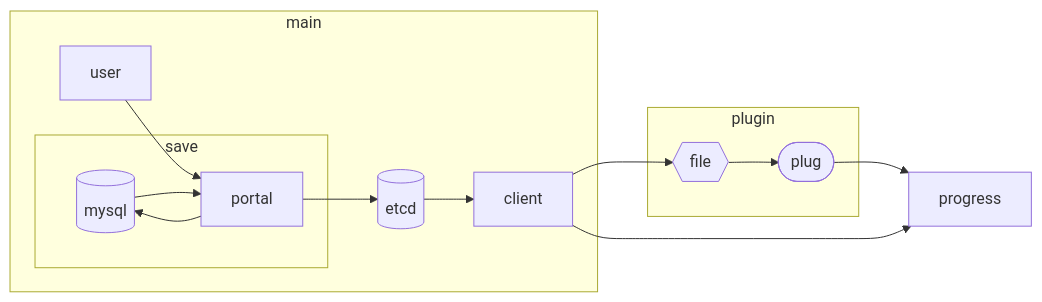
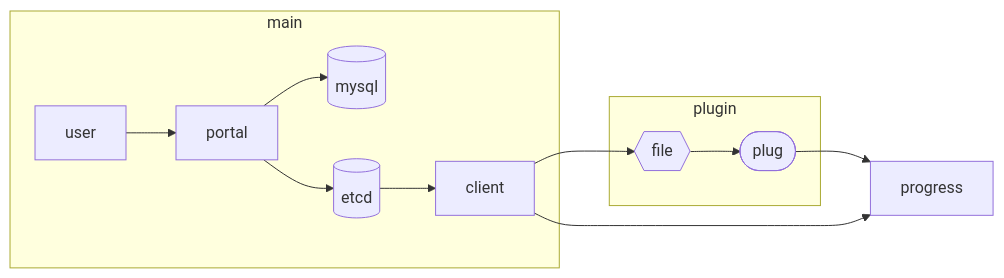
The diagram in README.md (raydrawc/hillo), drawn with Mermaid before and after one commit. The commit also changed 5 other files, not shown here.

````diff
--- a/README.md
+++ b/README.md
@@ -15,29 +15,26 @@
 ```mermaid
 graph LR
 
 saveDB[(mysql)]
 syncDB[(etcd)]
 progress[progress]
 conf{{file}}
 
 
 subgraph main
     user --> portal--> syncDB --> client 
-    subgraph save
         portal --> saveDB
-        saveDB --> portal
-    end
 end
 
 subgraph plugin
     client --> conf
     conf --> plug
 end
 
 plug([plug]) --> progress
 client--> progress
 
 
 
 
 ```
````
